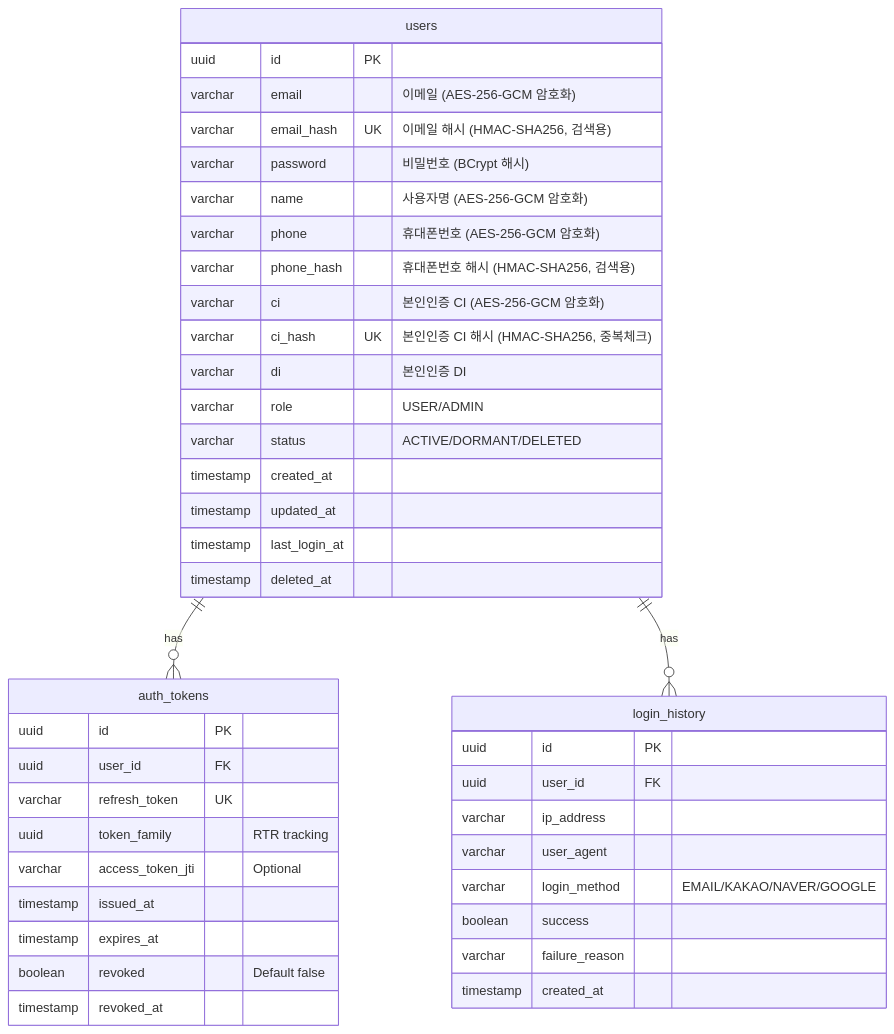
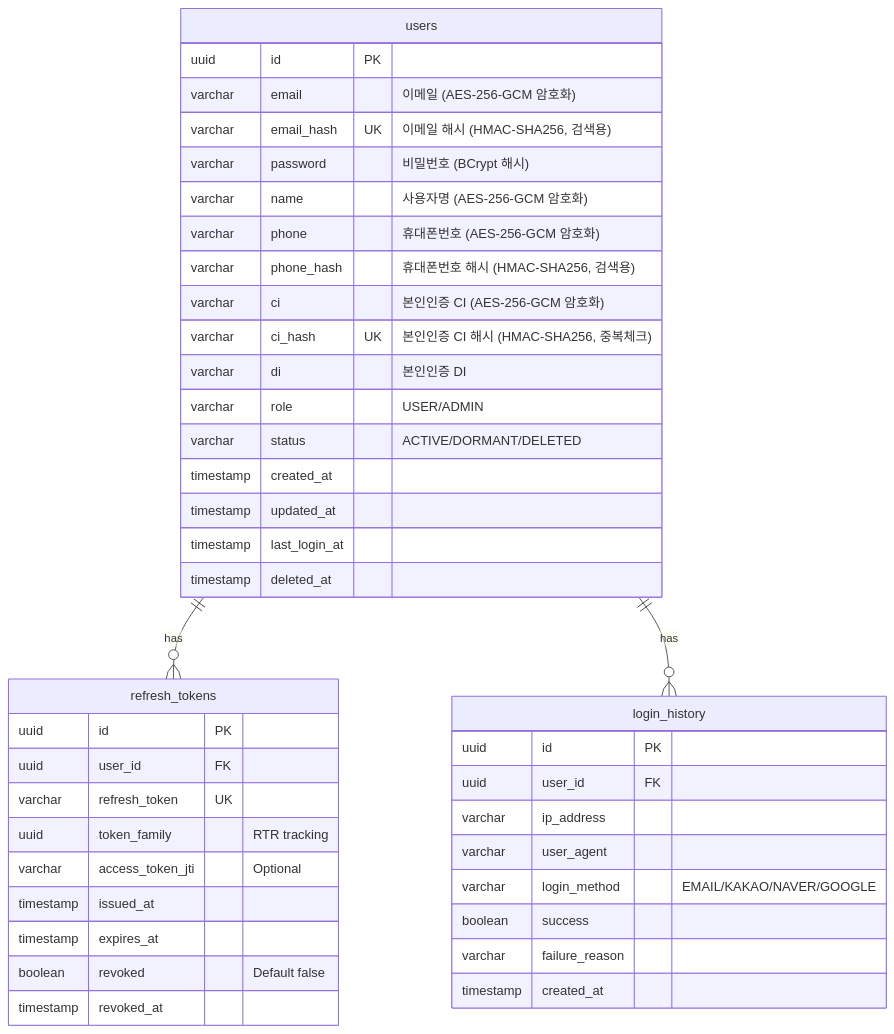
One commit to paircoders/ticket-queue changed the first of 5 diagrams in docs/architecture/04_data.md. Above: the diagram before and after it, drawn with Mermaid. The commit also changed other lines of this file and 11 other files, not shown here.

````diff
--- a/docs/architecture/04_data.md
+++ b/docs/architecture/04_data.md
@@ -105,47 +105,47 @@
 ```mermaid
 erDiagram
-    users ||--o{ auth_tokens : has
+    users ||--o{ refresh_tokens : has
     users ||--o{ login_history : has
 
     users {
         uuid id PK
         varchar email "이메일 (AES-256-GCM 암호화)"
         varchar email_hash UK "이메일 해시 (HMAC-SHA256, 검색용)"
         varchar password "비밀번호 (BCrypt 해시)"
         varchar name "사용자명 (AES-256-GCM 암호화)"
         varchar phone "휴대폰번호 (AES-256-GCM 암호화)"
         varchar phone_hash "휴대폰번호 해시 (HMAC-SHA256, 검색용)"
         varchar ci "본인인증 CI (AES-256-GCM 암호화)"
         varchar ci_hash UK "본인인증 CI 해시 (HMAC-SHA256, 중복체크)"
         varchar di "본인인증 DI"
         varchar role "USER/ADMIN"
         varchar status "ACTIVE/DORMANT/DELETED"
         timestamp created_at
         timestamp updated_at
         timestamp last_login_at
         timestamp deleted_at
     }
 
-    auth_tokens {
+    refresh_tokens {
         uuid id PK
         uuid user_id FK
         varchar refresh_token UK
         uuid token_family "RTR tracking"
         varchar access_token_jti "Optional"
         timestamp issued_at
         timestamp expires_at
         boolean revoked "Default false"
         timestamp revoked_at
     }
 
     login_history {
         uuid id PK
         uuid user_id FK
         varchar ip_address
         varchar user_agent
         varchar login_method "EMAIL/KAKAO/NAVER/GOOGLE"
         boolean success
         varchar failure_reason
         timestamp created_at
     }
 ```
````
